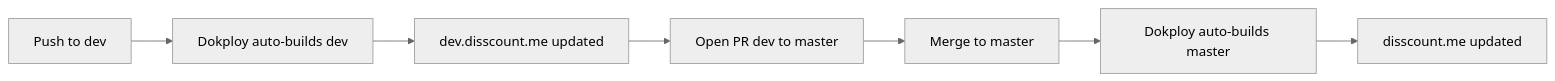
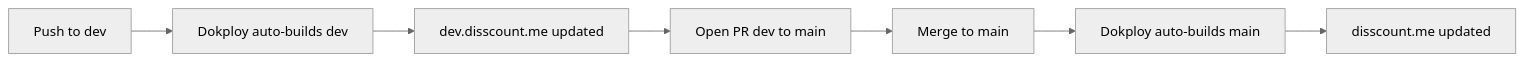
The second of 3 diagrams in docs/DEPLOYMENT.md (OffCrazyFreak/Disscount), drawn with Mermaid (neutral theme) before and after one commit. The commit also changed other lines of this file and 4 other files, not shown here.

First line of the commit message:
chore(repo): Rename default branch master -> main

````diff
--- a/docs/DEPLOYMENT.md
+++ b/docs/DEPLOYMENT.md
@@ -99,9 +99,9 @@
 ```mermaid
 flowchart LR
     A[Push to dev] --> B[Dokploy auto-builds dev]
     B --> C[dev.disscount.me updated]
-    C --> D[Open PR dev to master]
-    D --> E[Merge to master]
-    E --> F[Dokploy auto-builds master]
+    C --> D[Open PR dev to main]
+    D --> E[Merge to main]
+    E --> F[Dokploy auto-builds main]
     F --> G[disscount.me updated]
 ```
````
